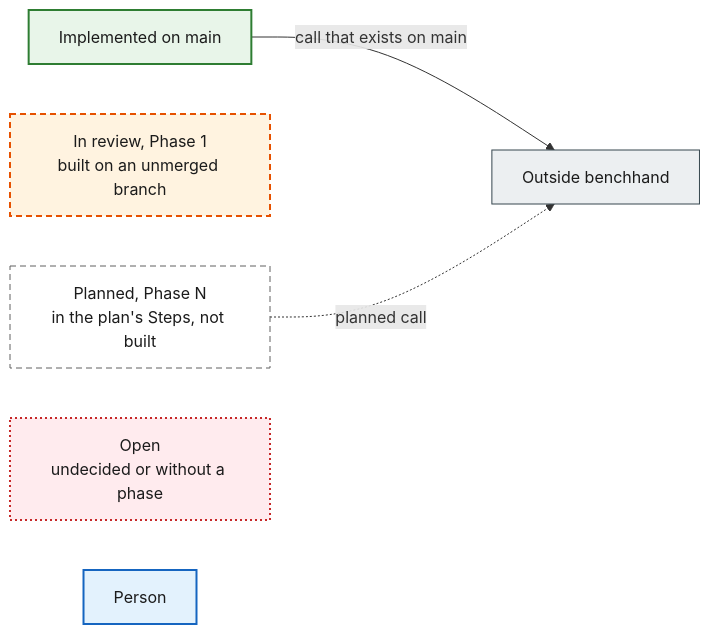
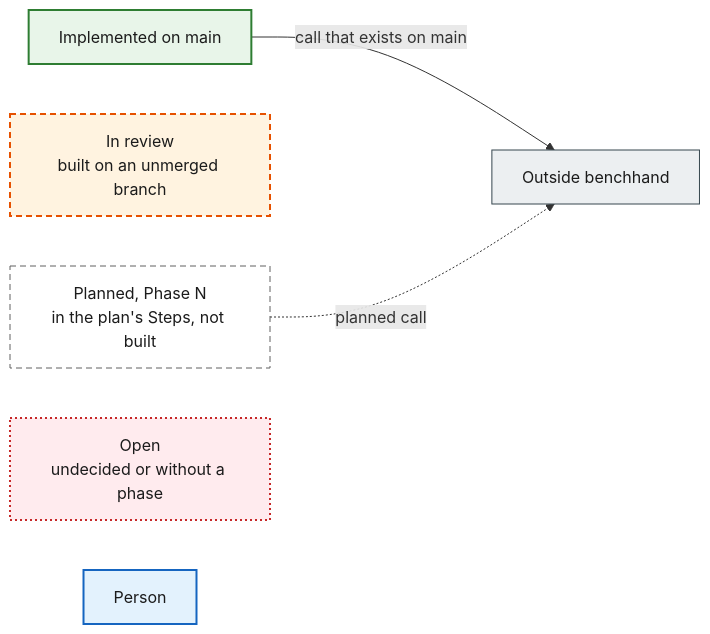
The diagram in docs/architecture/README.md (benchhand/benchhand-next), drawn with Mermaid before and after one commit. The commit also changed other lines of this file and 5 other files, not shown here.

Commit message:
docs(architecture): draw only what main and the sources show: launch and PyPI planned, the lifecycle per transport, CEL on transitions, the job, evidence and migrate branches, the auto gate mode and the L2 join

````diff
--- a/docs/architecture/README.md
+++ b/docs/architecture/README.md
@@ -24,18 +24,18 @@
 ```mermaid
 flowchart LR
   impl["Implemented on main"]:::impl
-  review["In review, Phase 1<br/>built on an unmerged branch"]:::review
+  review["In review<br/>built on an unmerged branch"]:::review
   planned["Planned, Phase N<br/>in the plan's Steps, not built"]:::planned
   open["Open<br/>undecided or without a phase"]:::open
   ext["Outside benchhand"]:::ext
   person["Person"]:::person
   impl -->|"call that exists on main"| ext
   planned -.->|"planned call"| ext
 
   classDef impl fill:#e8f5e9,stroke:#2e7d32,stroke-width:2px,color:#1b1b1b
   classDef review fill:#fff3e0,stroke:#e65100,stroke-width:2px,stroke-dasharray:6 4,color:#1b1b1b
   classDef planned fill:#ffffff,stroke:#616161,stroke-width:1px,stroke-dasharray:6 4,color:#1b1b1b
   classDef open fill:#ffebee,stroke:#c62828,stroke-width:2px,stroke-dasharray:2 3,color:#1b1b1b
   classDef ext fill:#eceff1,stroke:#37474f,stroke-width:1px,color:#1b1b1b
   classDef person fill:#e3f2fd,stroke:#1565c0,stroke-width:2px,color:#1b1b1b
 ```
````
